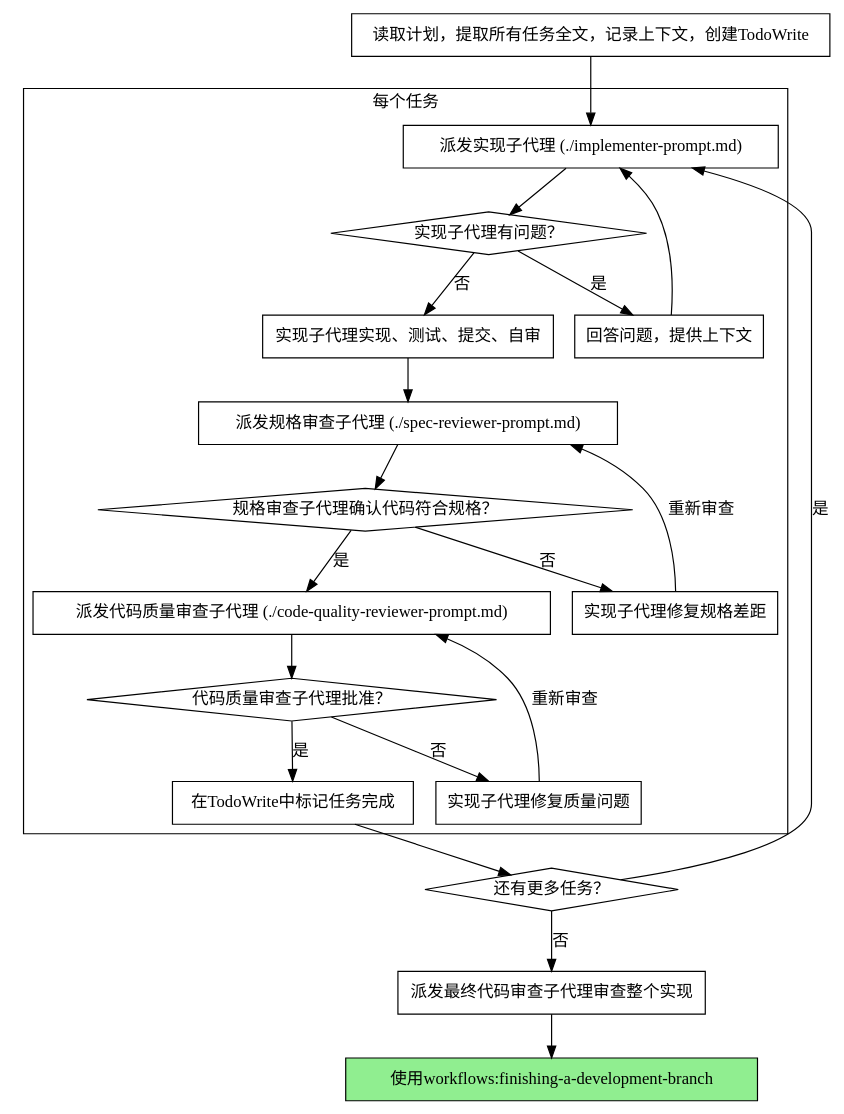
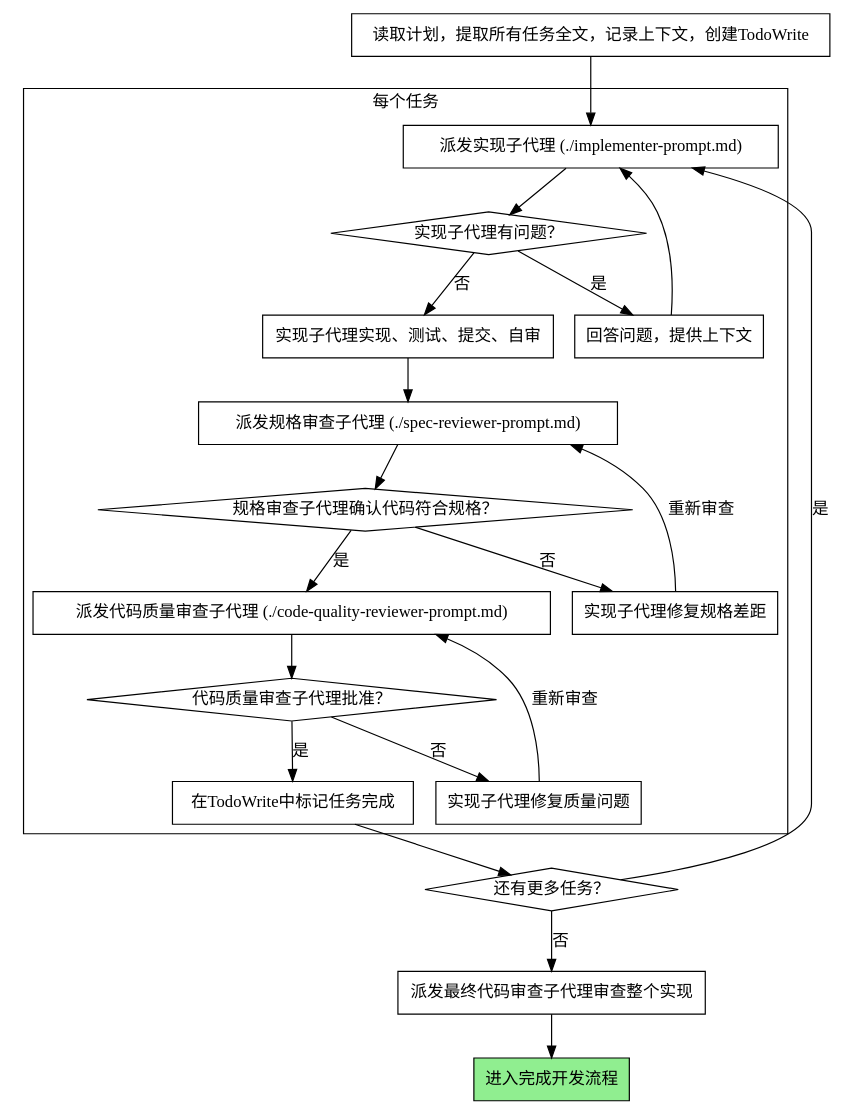
Before and after one commit to openbot-coder/coding-skills: the second of 2 diagrams in coding-skills/workflows/subagent-driven-development.md, drawn with Graphviz. The commit also changed other lines of this file and 6 other files, not shown here.

First line of the commit message:
refactor: simplify execution flow, integrate TDD into subagent-driven-development

````diff
--- a/coding-skills/workflows/subagent-driven-development.md
+++ b/coding-skills/workflows/subagent-driven-development.md
@@ -40,44 +154,44 @@
 ```dot
 digraph process {
     rankdir=TB;
 
     subgraph cluster_per_task {
         label="每个任务";
         "派发实现子代理 (./implementer-prompt.md)" [shape=box];
         "实现子代理有问题？" [shape=diamond];
         "回答问题，提供上下文" [shape=box];
         "实现子代理实现、测试、提交、自审" [shape=box];
         "派发规格审查子代理 (./spec-reviewer-prompt.md)" [shape=box];
         "规格审查子代理确认代码符合规格？" [shape=diamond];
         "实现子代理修复规格差距" [shape=box];
         "派发代码质量审查子代理 (./code-quality-reviewer-prompt.md)" [shape=box];
         "代码质量审查子代理批准？" [shape=diamond];
         "实现子代理修复质量问题" [shape=box];
         "在TodoWrite中标记任务完成" [shape=box];
     }
 
     "读取计划，提取所有任务全文，记录上下文，创建TodoWrite" [shape=box];
     "还有更多任务？" [shape=diamond];
     "派发最终代码审查子代理审查整个实现" [shape=box];
-    "使用workflows:finishing-a-development-branch" [shape=box style=filled fillcolor=lightgreen];
+    "进入完成开发流程" [shape=box style=filled fillcolor=lightgreen];
 
     "读取计划，提取所有任务全文，记录上下文，创建TodoWrite" -> "派发实现子代理 (./implementer-prompt.md)";
     "派发实现子代理 (./implementer-prompt.md)" -> "实现子代理有问题？";
     "实现子代理有问题？" -> "回答问题，提供上下文" [label="是"];
     "回答问题，提供上下文" -> "派发实现子代理 (./implementer-prompt.md)";
     "实现子代理有问题？" -> "实现子代理实现、测试、提交、自审" [label="否"];
     "实现子代理实现、测试、提交、自审" -> "派发规格审查子代理 (./spec-reviewer-prompt.md)";
     "派发规格审查子代理 (./spec-reviewer-prompt.md)" -> "规格审查子代理确认代码符合规格？";
     "规格审查子代理确认代码符合规格？" -> "实现子代理修复规格差距" [label="否"];
     "实现子代理修复规格差距" -> "派发规格审查子代理 (./spec-reviewer-prompt.md)" [label="重新审查"];
     "规格审查子代理确认代码符合规格？" -> "派发代码质量审查子代理 (./code-quality-reviewer-prompt.md)" [label="是"];
     "派发代码质量审查子代理 (./code-quality-reviewer-prompt.md)" -> "代码质量审查子代理批准？";
     "代码质量审查子代理批准？" -> "实现子代理修复质量问题" [label="否"];
     "实现子代理修复质量问题" -> "派发代码质量审查子代理 (./code-quality-reviewer-prompt.md)" [label="重新审查"];
     "代码质量审查子代理批准？" -> "在TodoWrite中标记任务完成" [label="是"];
     "在TodoWrite中标记任务完成" -> "还有更多任务？";
     "还有更多任务？" -> "派发实现子代理 (./implementer-prompt.md)" [label="是"];
     "还有更多任务？" -> "派发最终代码审查子代理审查整个实现" [label="否"];
-    "派发最终代码审查子代理审查整个实现" -> "使用workflows:finishing-a-development-branch";
+    "派发最终代码审查子代理审查整个实现" -> "进入完成开发流程";
 }
 ```
````
